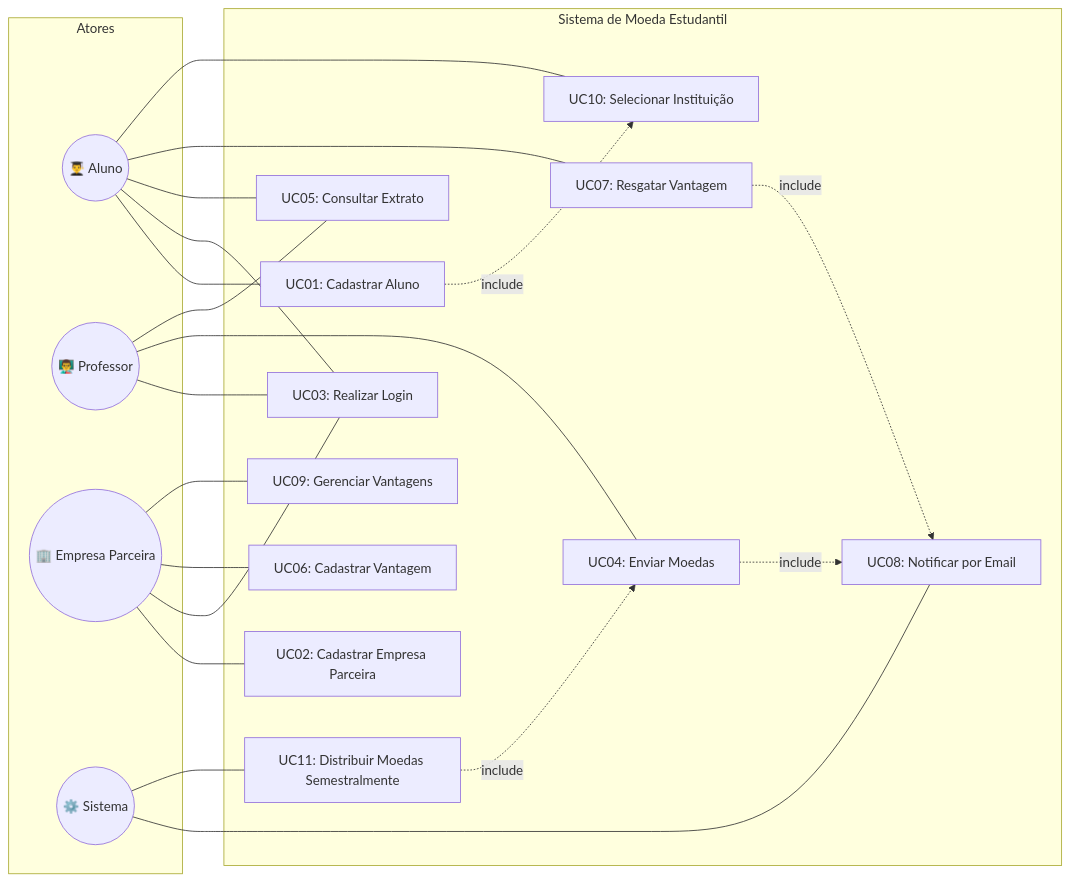
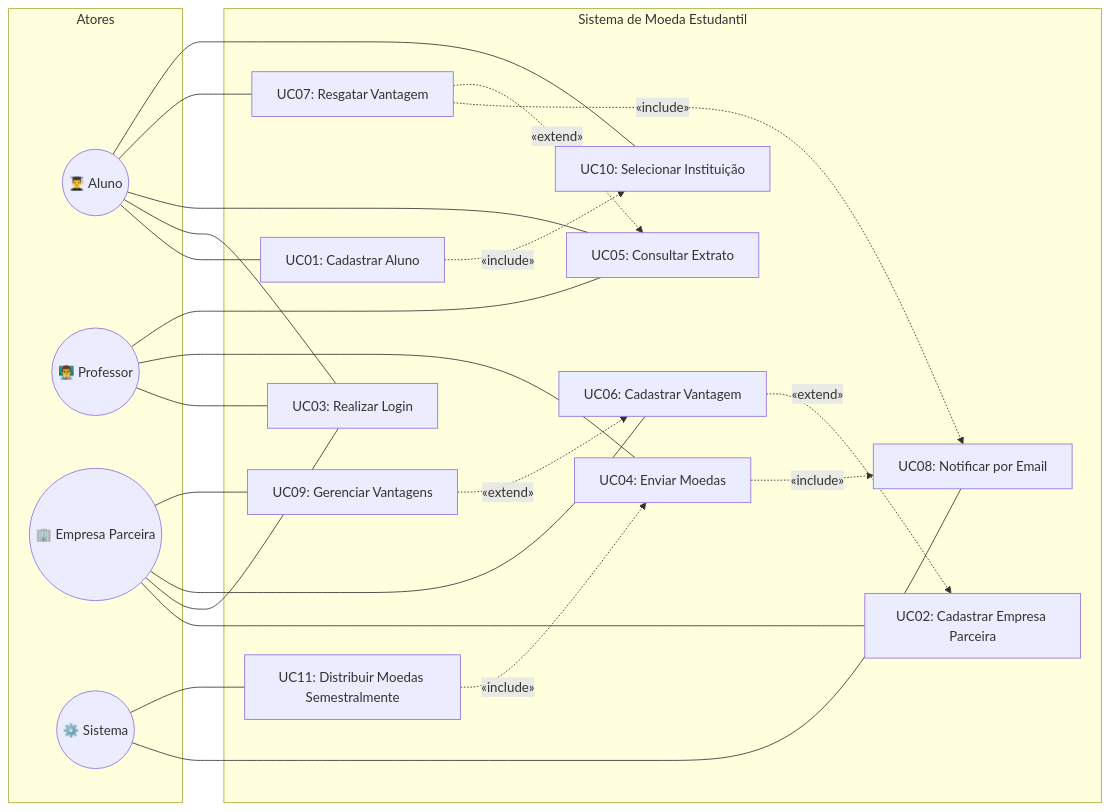
One commit to arthurcbretas/Sistema_de_Moeda_Estudantil changed the diagram in docs/diagramas/diagrama_casos_uso.md. Above: the diagram before and after it, drawn with Mermaid. The commit also changed other lines of this file and 59 other files, not shown here.

Commit message:
feat: implement Sprint 2 backend CRUDs, ER diagram, frontend UI with dark/light mode and React/Vite integration

````diff
--- a/docs/diagramas/diagrama_casos_uso.md
+++ b/docs/diagramas/diagrama_casos_uso.md
@@ -11,46 +11,52 @@
 ```mermaid
 flowchart LR
     subgraph Atores
         AL(("👨‍🎓 Aluno"))
         PR(("👨‍🏫 Professor"))
         EP(("🏢 Empresa Parceira"))
         SI(("⚙️ Sistema"))
     end
 
     subgraph Sistema_de_Moeda_Estudantil["Sistema de Moeda Estudantil"]
         UC01["UC01: Cadastrar Aluno"]
         UC02["UC02: Cadastrar Empresa Parceira"]
         UC03["UC03: Realizar Login"]
         UC04["UC04: Enviar Moedas"]
         UC05["UC05: Consultar Extrato"]
         UC06["UC06: Cadastrar Vantagem"]
         UC07["UC07: Resgatar Vantagem"]
         UC08["UC08: Notificar por Email"]
         UC09["UC09: Gerenciar Vantagens"]
         UC10["UC10: Selecionar Instituição"]
         UC11["UC11: Distribuir Moedas Semestralmente"]
     end
 
     AL --- UC01
     AL --- UC03
     AL --- UC05
     AL --- UC07
     AL --- UC10
 
     PR --- UC03
     PR --- UC04
     PR --- UC05
 
     EP --- UC02
     EP --- UC03
     EP --- UC06
     EP --- UC09
 
     SI --- UC08
     SI --- UC11
 
-    UC01 -.->|include| UC10
-    UC07 -.->|include| UC08
-    UC04 -.->|include| UC08
-    UC11 -.->|include| UC04
+    %% Relacionamentos include (obrigatórios)
+    UC01 -.->|"«include»"| UC10
+    UC07 -.->|"«include»"| UC08
+    UC04 -.->|"«include»"| UC08
+    UC11 -.->|"«include»"| UC04
+
+    %% Relacionamentos extend (opcionais)
+    UC06 -.->|"«extend»"| UC02
+    UC09 -.->|"«extend»"| UC06
+    UC07 -.->|"«extend»"| UC05
 ```
````
